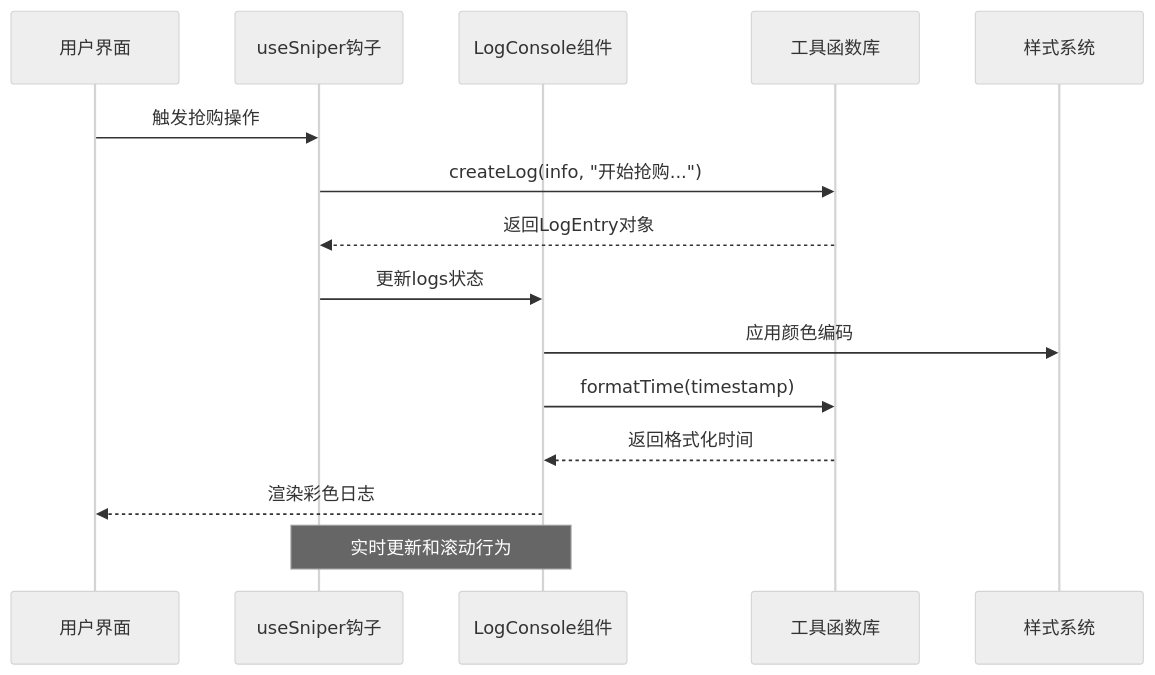
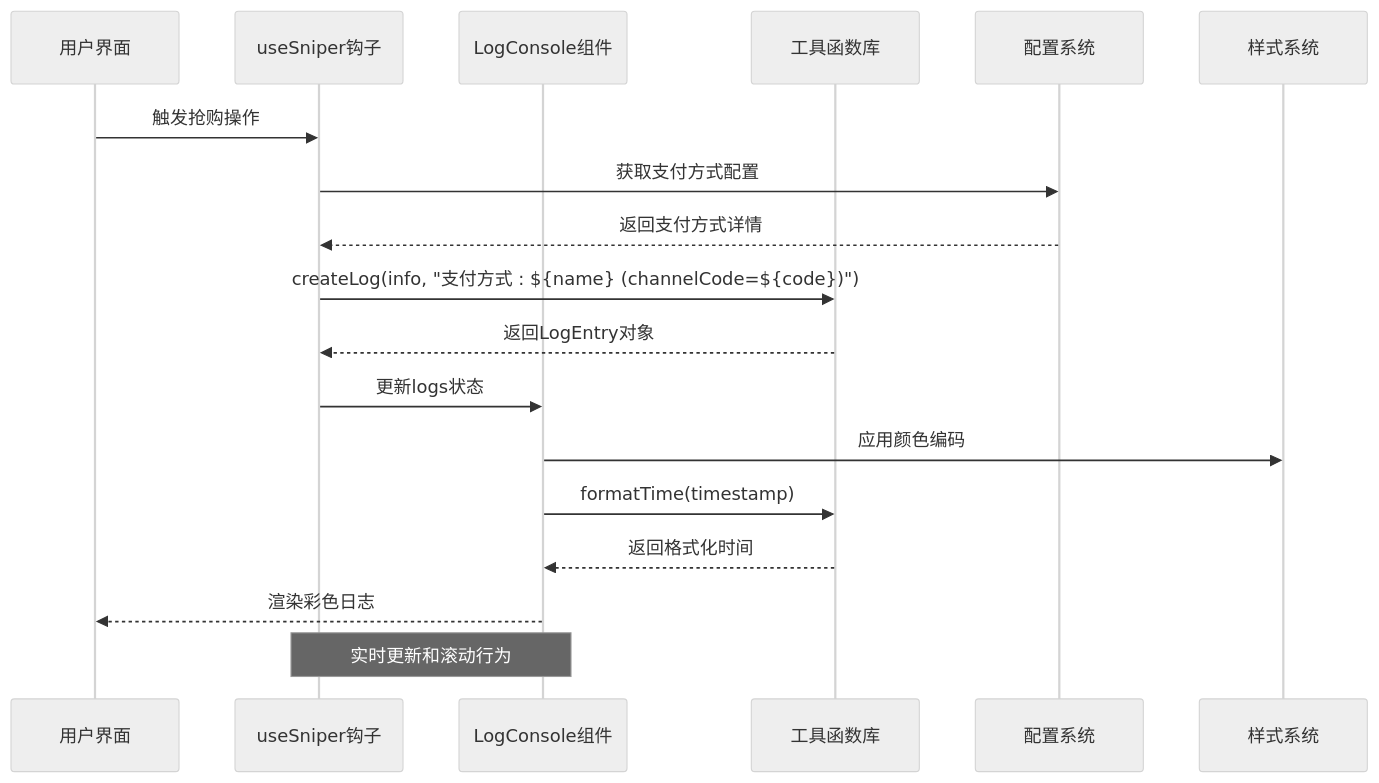
Before and after one commit to 16499259-oss/GLM-sniper: the third of 9 diagrams in .qoder/repowiki/zh/content/监控系统/实时日志系统.md, drawn with Mermaid (neutral theme). The commit also changed other lines of this file and 3 other files, not shown here.

````diff
--- a/.qoder/repowiki/zh/content/监控系统/实时日志系统.md
+++ b/.qoder/repowiki/zh/content/监控系统/实时日志系统.md
@@ -123,17 +148,20 @@
 ```mermaid
 sequenceDiagram
 participant User as 用户界面
 participant Hook as useSniper钩子
 participant Console as LogConsole组件
 participant Utils as 工具函数库
+participant Config as 配置系统
 participant Styles as 样式系统
 User->>Hook : 触发抢购操作
-Hook->>Utils : createLog(info, "开始抢购...")
+Hook->>Config : 获取支付方式配置
+Config-->>Hook : 返回支付方式详情
+Hook->>Utils : createLog(info, "支付方式 : ${name} (channelCode=${code})")
 Utils-->>Hook : 返回LogEntry对象
 Hook->>Console : 更新logs状态
 Console->>Styles : 应用颜色编码
 Console->>Utils : formatTime(timestamp)
 Utils-->>Console : 返回格式化时间
 Console-->>User : 渲染彩色日志
 Note over Hook,Console : 实时更新和滚动行为
 ```
````
